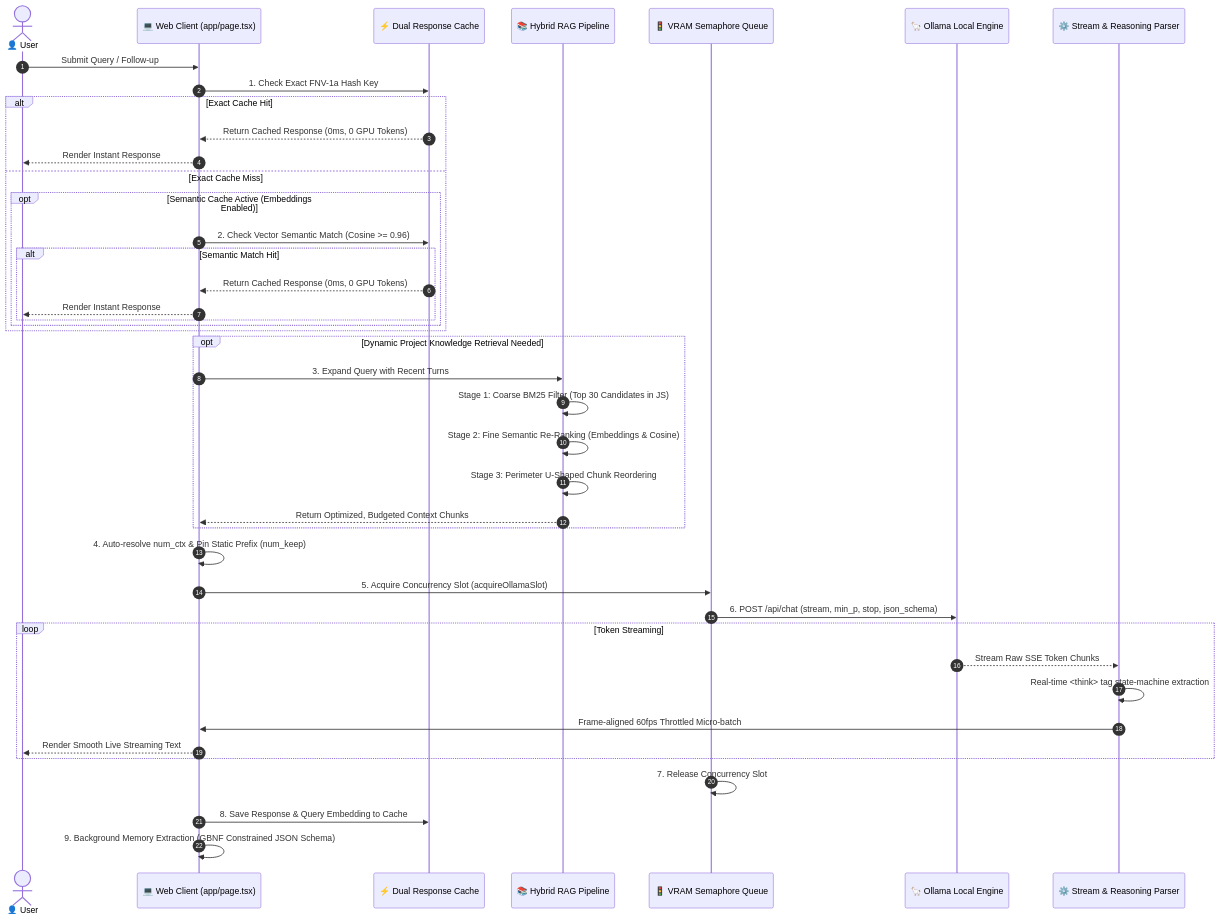
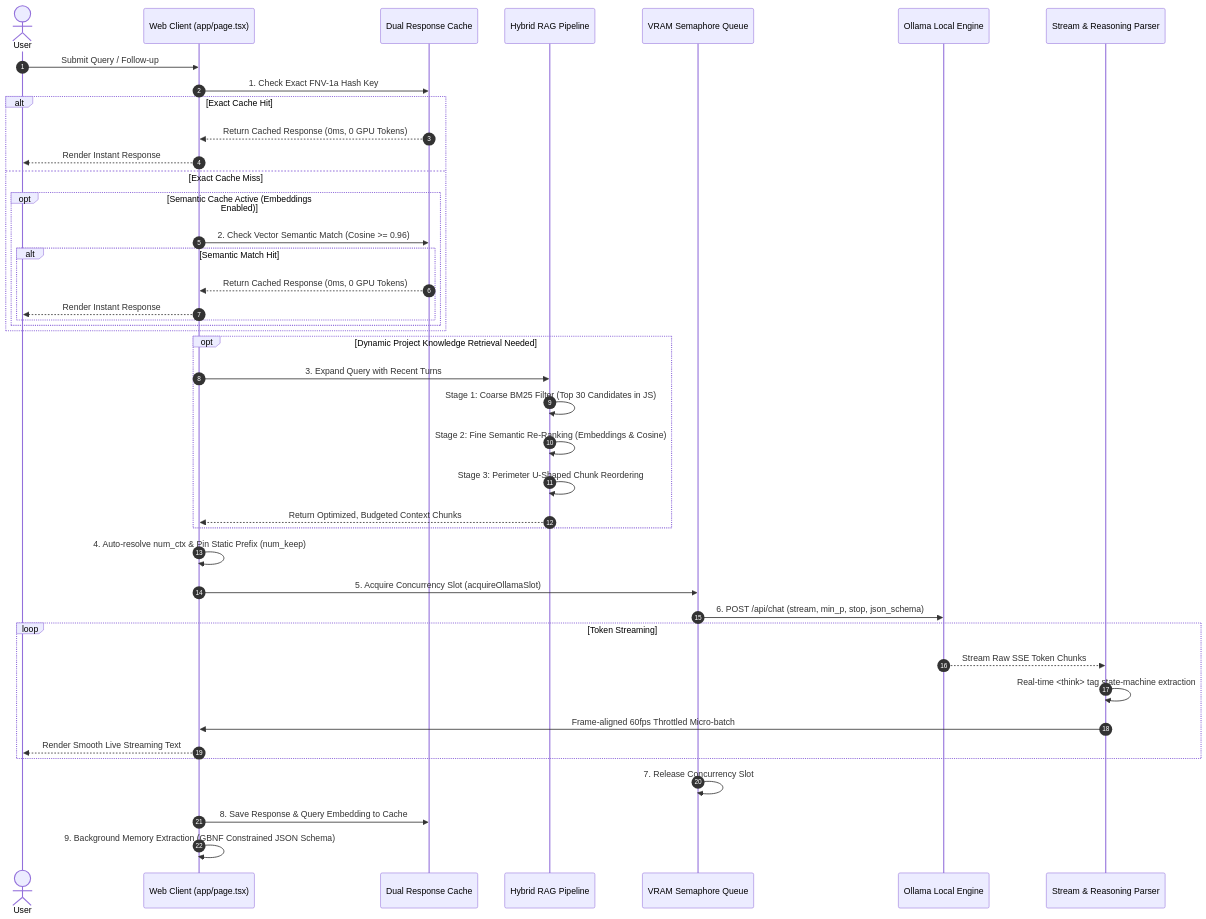
One commit to p3nr0s3/castalia changed the second of 2 diagrams in README.md. Above: the diagram before and after it, drawn with Mermaid. The commit also changed other lines of this file and 22 other files, not shown here.

````diff
--- a/README.md
+++ b/README.md
@@ -96,49 +96,49 @@
 ```mermaid
 sequenceDiagram
     autonumber
-    actor User as 👤 User
-    participant Client as 💻 Web Client (app/page.tsx)
-    participant Cache as ⚡ Dual Response Cache
-    participant RAG as 📚 Hybrid RAG Pipeline
-    participant RateLimit as 🚦 VRAM Semaphore Queue
-    participant Ollama as 🦙 Ollama Local Engine
-    participant Parser as ⚙️ Stream & Reasoning Parser
+    actor User as User
+    participant Client as Web Client (app/page.tsx)
+    participant Cache as Dual Response Cache
+    participant RAG as Hybrid RAG Pipeline
+    participant RateLimit as VRAM Semaphore Queue
+    participant Ollama as Ollama Local Engine
+    participant Parser as Stream & Reasoning Parser
 
     User->>Client: Submit Query / Follow-up
     Client->>Cache: 1. Check Exact FNV-1a Hash Key
     alt Exact Cache Hit
         Cache-->>Client: Return Cached Response (0ms, 0 GPU Tokens)
         Client-->>User: Render Instant Response
     else Exact Cache Miss
         opt Semantic Cache Active (Embeddings Enabled)
             Client->>Cache: 2. Check Vector Semantic Match (Cosine >= 0.96)
             alt Semantic Match Hit
                 Cache-->>Client: Return Cached Response (0ms, 0 GPU Tokens)
                 Client-->>User: Render Instant Response
             end
         end
     end
 
     opt Dynamic Project Knowledge Retrieval Needed
         Client->>RAG: 3. Expand Query with Recent Turns
         RAG->>RAG: Stage 1: Coarse BM25 Filter (Top 30 Candidates in JS)
         RAG->>RAG: Stage 2: Fine Semantic Re-Ranking (Embeddings & Cosine)
         RAG->>RAG: Stage 3: Perimeter U-Shaped Chunk Reordering
         RAG-->>Client: Return Optimized, Budgeted Context Chunks
     end
 
     Client->>Client: 4. Auto-resolve num_ctx & Pin Static Prefix (num_keep)
     Client->>RateLimit: 5. Acquire Concurrency Slot (acquireOllamaSlot)
     RateLimit->>Ollama: 6. POST /api/chat (stream, min_p, stop, json_schema)
 
     loop Token Streaming
         Ollama-->>Parser: Stream Raw SSE Token Chunks
         Parser->>Parser: Real-time <think> tag state-machine extraction
         Parser->>Client: Frame-aligned 60fps Throttled Micro-batch
         Client-->>User: Render Smooth Live Streaming Text
     end
 
     RateLimit->>RateLimit: 7. Release Concurrency Slot
     Client->>Cache: 8. Save Response & Query Embedding to Cache
     Client->>Client: 9. Background Memory Extraction (GBNF Constrained JSON Schema)
 ```
````
